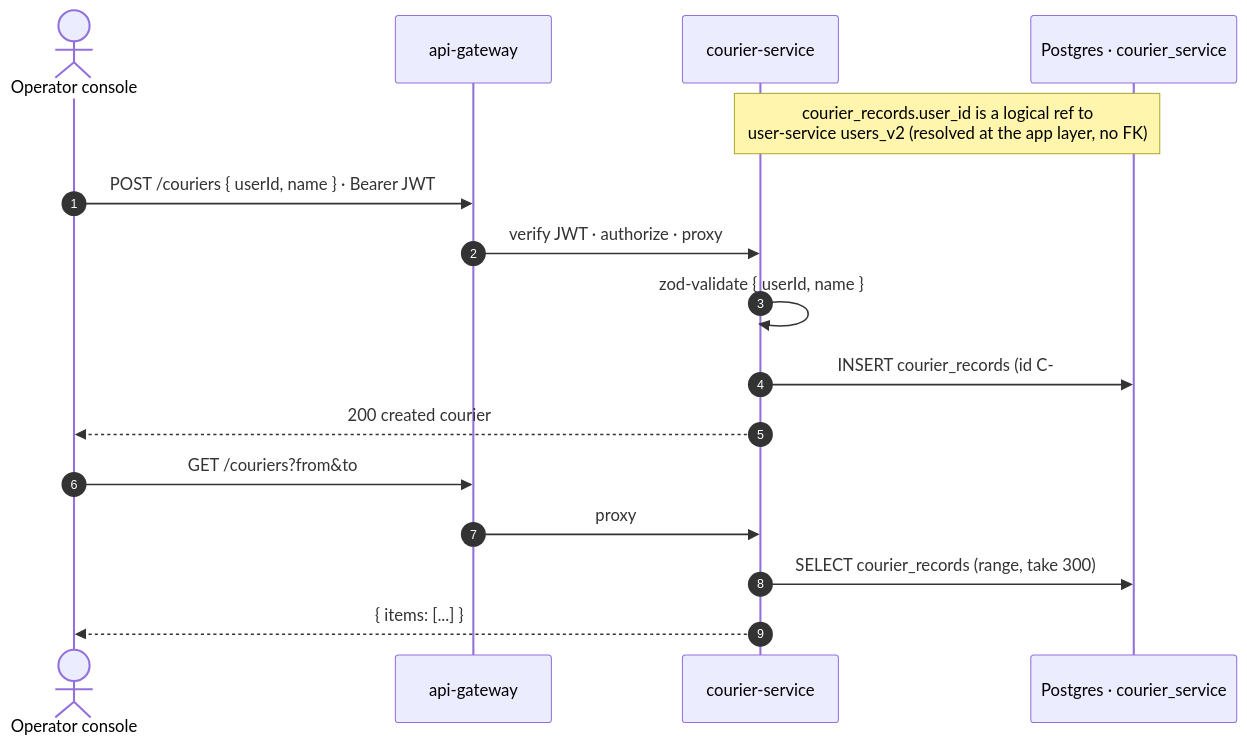
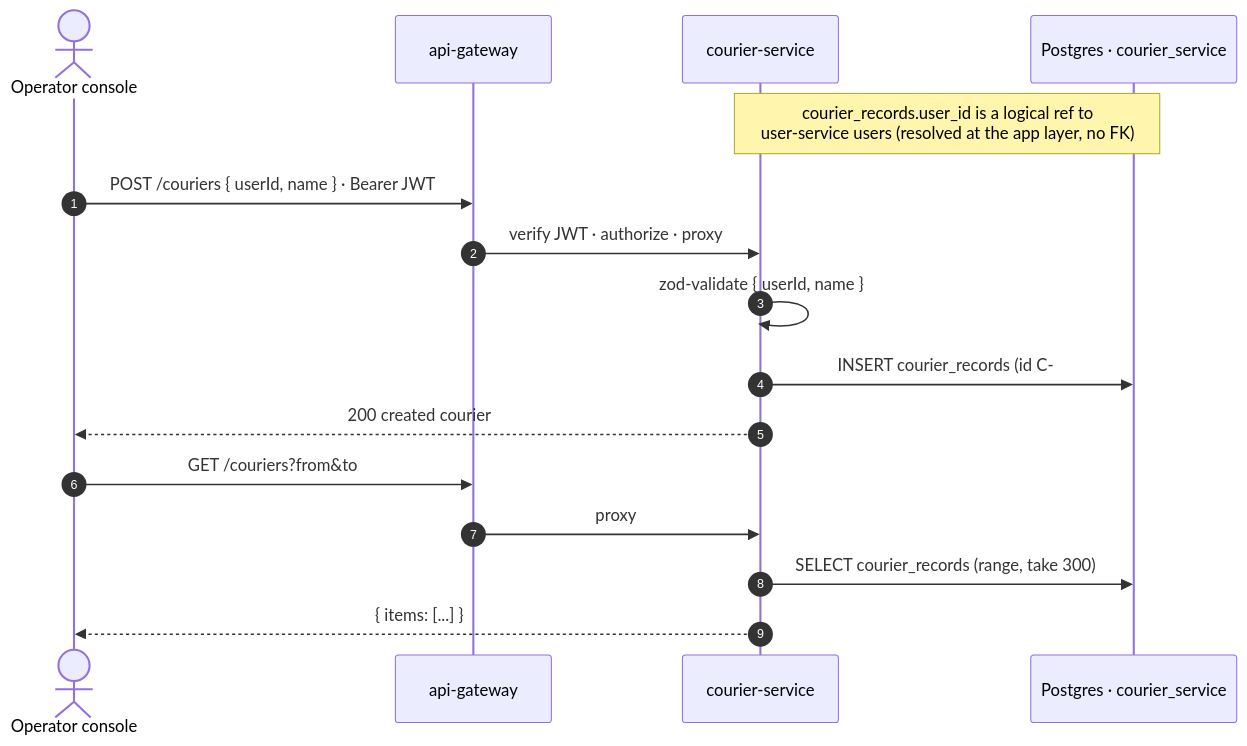
Before and after one commit to awaisaly/smart-logistics: the seventh of 8 diagrams in README.md, drawn with Mermaid. The commit also changed other lines of this file and 79 other files, not shown here.

````diff
--- a/README.md
+++ b/README.md
@@ -865,19 +871,19 @@
 ```mermaid
 sequenceDiagram
   autonumber
   actor C as Operator console
   participant GW as api-gateway
   participant CS as courier-service
   participant DB as Postgres · courier_service
 
-  Note over CS,DB: courier_records.user_id is a logical ref to<br/>user-service users_v2 (resolved at the app layer, no FK)
+  Note over CS,DB: courier_records.user_id is a logical ref to<br/>user-service users (resolved at the app layer, no FK)
   C->>GW: POST /couriers { userId, name } · Bearer JWT
   GW->>CS: verify JWT · authorize · proxy
   CS->>CS: zod-validate { userId, name }
   CS->>DB: INSERT courier_records (id C-####, defaults)
   CS-->>C: 200 created courier
   C->>GW: GET /couriers?from&to
   GW->>CS: proxy
   CS->>DB: SELECT courier_records (range, take 300)
   CS-->>C: { items: [...] }
 ```
````
